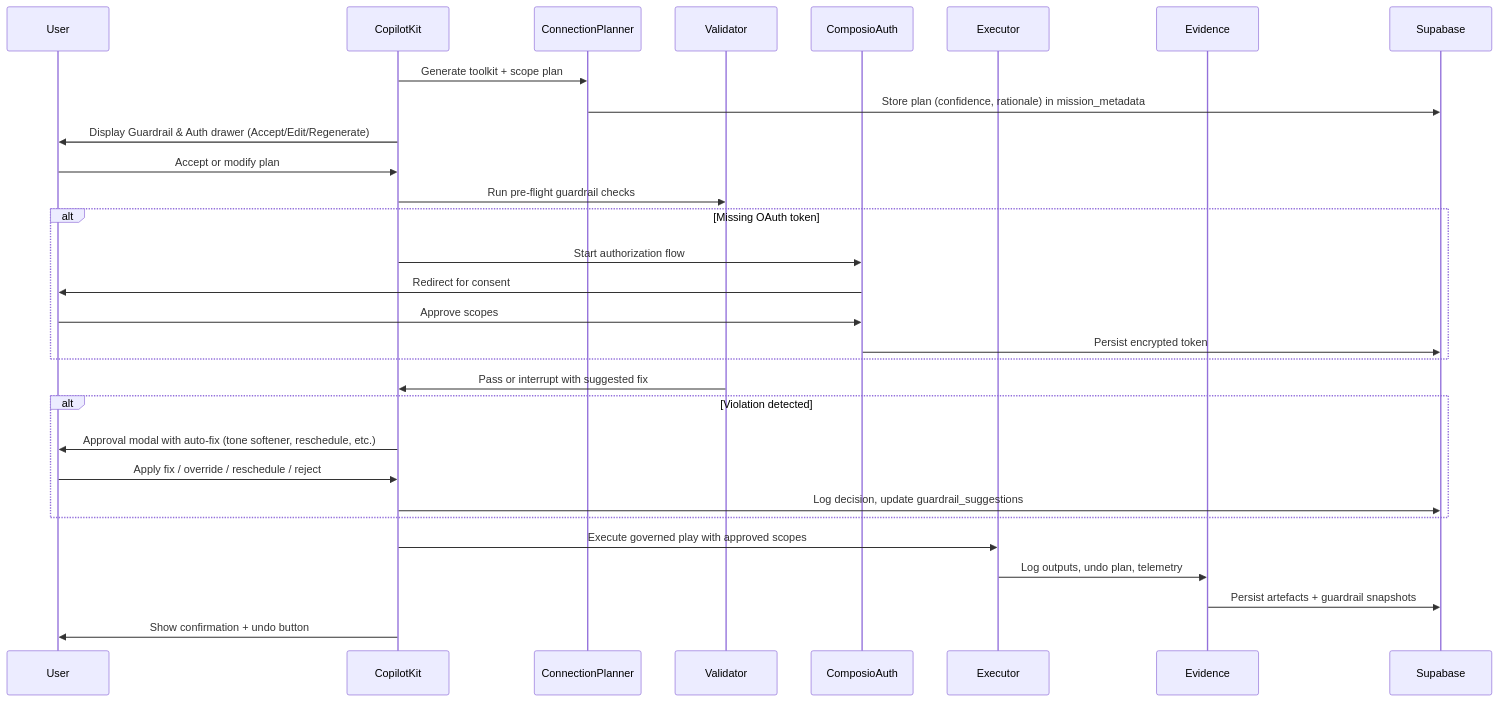
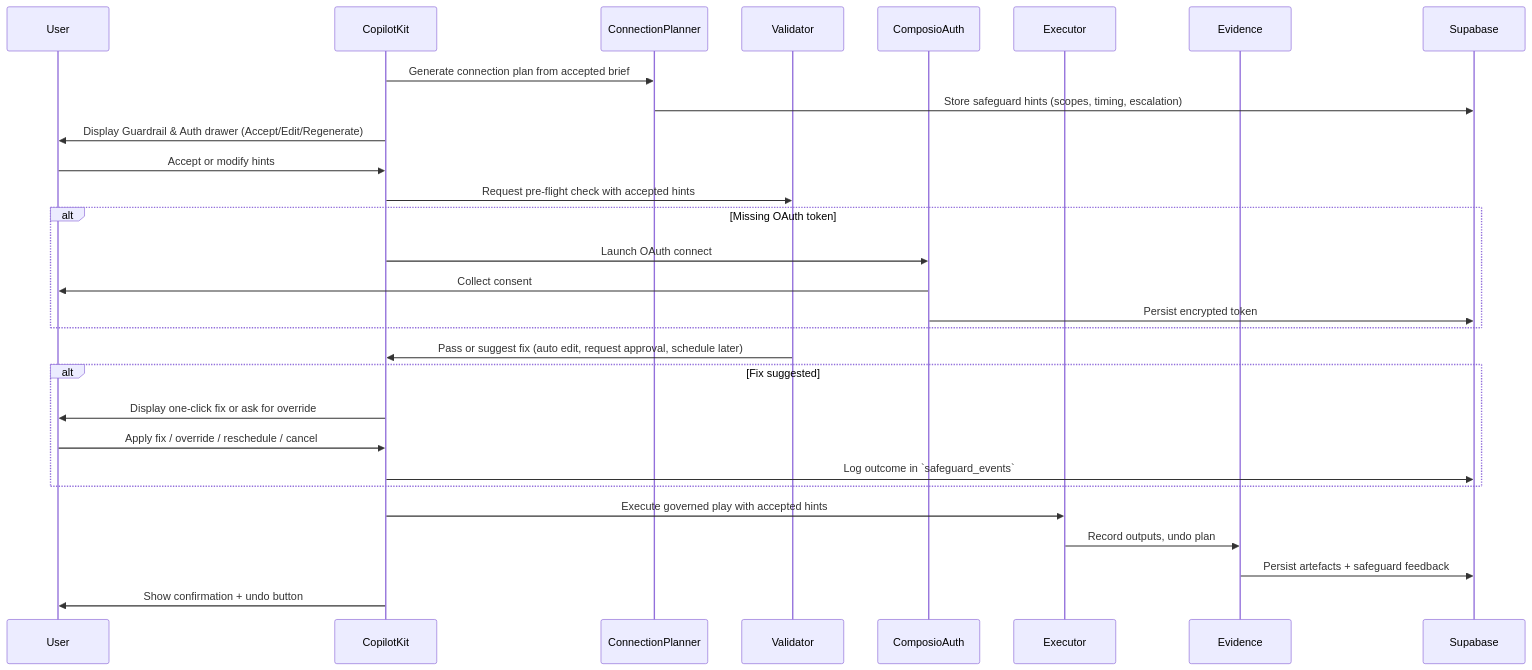
One commit to maxbaluev/ai_employee_0 changed the third of 4 diagrams in new_docs/architecture.md. Above: the diagram before and after it, drawn with Mermaid. The commit also changed other lines of this file and 5 other files, not shown here.

````diff
--- a/new_docs/architecture.md
+++ b/new_docs/architecture.md
@@ -158,33 +160,32 @@
 ```mermaid
 sequenceDiagram
     participant User
     participant CopilotKit
     participant ConnectionPlanner
     participant Validator
     participant ComposioAuth
     participant Executor
     participant Evidence
     participant Supabase
 
-    CopilotKit->>ConnectionPlanner: Generate toolkit + scope plan
-    ConnectionPlanner->>Supabase: Store plan (confidence, rationale) in mission_metadata
+    CopilotKit->>ConnectionPlanner: Generate connection plan from accepted brief
+    ConnectionPlanner->>Supabase: Store safeguard hints (scopes, timing, escalation)
     CopilotKit->>User: Display Guardrail & Auth drawer (Accept/Edit/Regenerate)
-    User->>CopilotKit: Accept or modify plan
-    CopilotKit->>Validator: Run pre-flight guardrail checks
+    User->>CopilotKit: Accept or modify hints
+    CopilotKit->>Validator: Request pre-flight check with accepted hints
     alt Missing OAuth token
-        CopilotKit->>ComposioAuth: Start authorization flow
-        ComposioAuth->>User: Redirect for consent
-        User->>ComposioAuth: Approve scopes
+        CopilotKit->>ComposioAuth: Launch OAuth connect
+        ComposioAuth->>User: Collect consent
         ComposioAuth->>Supabase: Persist encrypted token
     end
-    Validator->>CopilotKit: Pass or interrupt with suggested fix
-    alt Violation detected
-        CopilotKit->>User: Approval modal with auto-fix (tone softener, reschedule, etc.)
-        User->>CopilotKit: Apply fix / override / reschedule / reject
-        CopilotKit->>Supabase: Log decision, update guardrail_suggestions
+    Validator->>CopilotKit: Pass or suggest fix (auto edit, request approval, schedule later)
+    alt Fix suggested
+        CopilotKit->>User: Display one-click fix or ask for override
+        User->>CopilotKit: Apply fix / override / reschedule / cancel
+        CopilotKit->>Supabase: Log outcome in `safeguard_events`
     end
-    CopilotKit->>Executor: Execute governed play with approved scopes
-    Executor->>Evidence: Log outputs, undo plan, telemetry
-    Evidence->>Supabase: Persist artefacts + guardrail snapshots
+    CopilotKit->>Executor: Execute governed play with accepted hints
+    Executor->>Evidence: Record outputs, undo plan
+    Evidence->>Supabase: Persist artefacts + safeguard feedback
     CopilotKit->>User: Show confirmation + undo button
 ```
````
